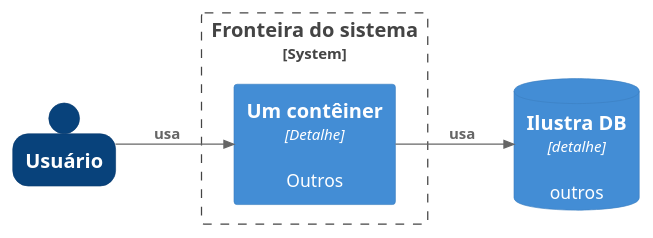
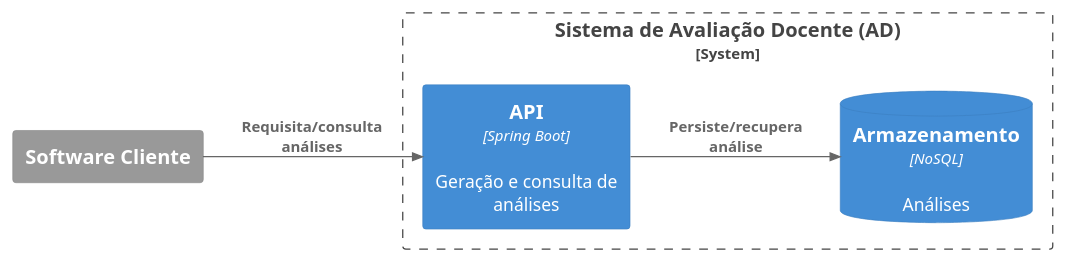
The diagram in documentacao/diagramas/c4-container.puml (kyriosdata/docente-inf), drawn with PlantUML before and after one commit.

```diff
--- a/documentacao/diagramas/c4-container.puml
+++ b/documentacao/diagramas/c4-container.puml
@@ -1,20 +1,21 @@
 @startuml c4-container
+
 !include https://raw.githubusercontent.com/plantuml-stdlib/C4-PlantUML/master/C4_Container.puml
 
 left to right direction
 
 HIDE_STEREOTYPE()
 SHOW_PERSON_OUTLINE()
 
-Person(usuario, "Usuário")
+System_Ext(usuario, "Software Cliente")
 
-System_Boundary(c1, "Fronteira do sistema") {
-  Container(cli, "Um contêiner", "Detalhe", "Outros")
+System_Boundary(c1, "Sistema de Avaliação Docente (AD)") {
+  Container(cli, "API", "Spring Boot", "Geração e consulta de análises")
+  ContainerDb(db, "Armazenamento", "NoSQL", "Análises")
 }
 
-ContainerDb(db, "Ilustra DB", "detalhe", "outros")
 
-Rel_D(cli, db, "usa")
-Rel_D(usuario, cli, "usa")
+Rel_D(cli, db, "Persiste/recupera análise")
+Rel_D(usuario, cli, "Requisita/consulta análises")
 
 @enduml
```
